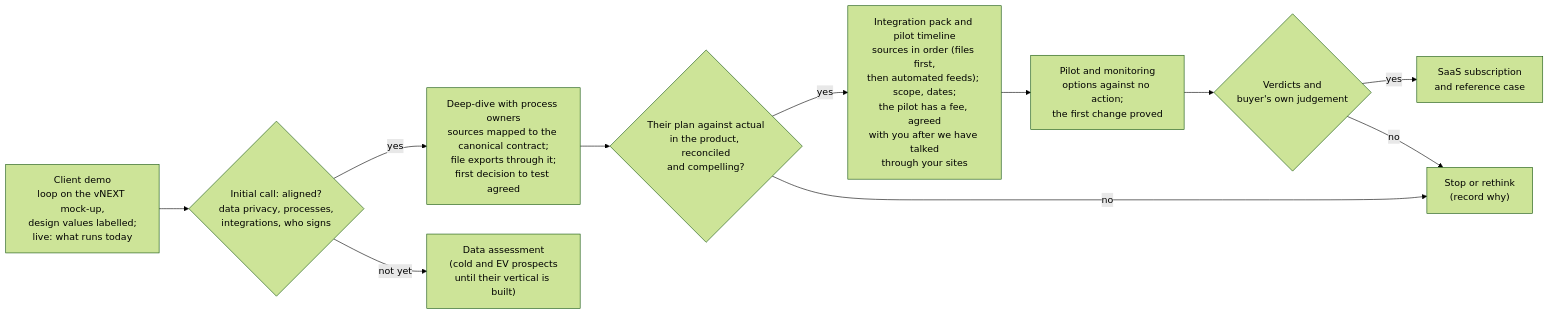
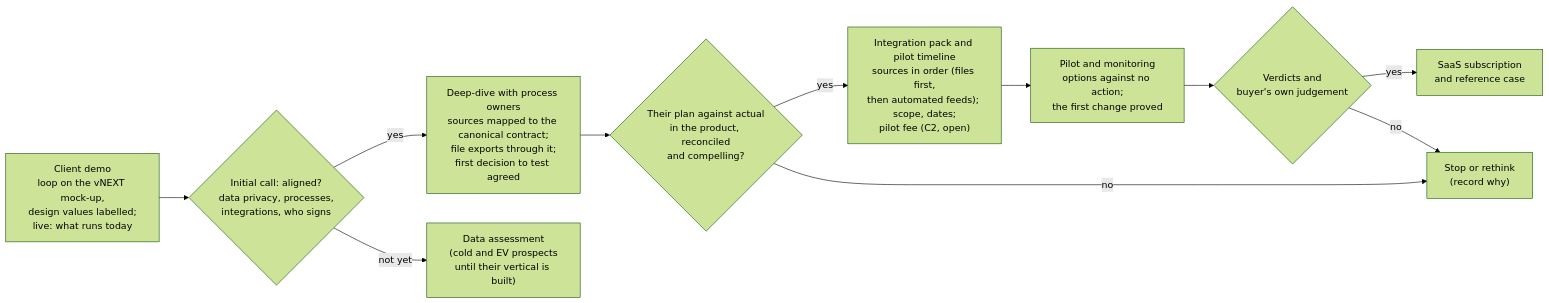
One commit to bineyame/AssetOpsV1 changed the fourth of 9 diagrams in Docs/demo-sprint/product-direction-layer4/product-transition-and-roadmap.md. Above: the diagram before and after it, drawn with Mermaid (forest theme). The commit also changed other lines of this file and 5 other files, not shown here.

First line of the commit message:
Pack: last sync with go-to-market a80624e5c (PK11 owner-time condition, timebox, Figure 4 fee, 60-min call, C13)

````diff
--- a/Docs/demo-sprint/product-direction-layer4/product-transition-and-roadmap.md
+++ b/Docs/demo-sprint/product-direction-layer4/product-transition-and-roadmap.md
@@ -162,13 +162,13 @@
 ```mermaid
 flowchart LR
   D["Client demo<br/>loop on the vNEXT mock-up,<br/>design values labelled;<br/>live: what runs today"] --> C{"Initial call: aligned?<br/>data privacy, processes,<br/>integrations, who signs"}
   C -- yes --> DD["Deep-dive with process owners<br/>sources mapped to the canonical contract;<br/>file exports through it;<br/>first decision to test agreed"]
   C -- "not yet" --> DA["Data assessment<br/>(cold and EV prospects<br/>until their vertical is built)"]
   DD --> G1{"Their plan against actual<br/>in the product, reconciled<br/>and compelling?"}
-  G1 -- yes --> IP["Integration pack and pilot timeline<br/>sources in order (files first,<br/>then automated feeds); scope, dates;<br/>the pilot has a fee, agreed<br/>with you after we have talked<br/>through your sites"]
+  G1 -- yes --> IP["Integration pack and pilot timeline<br/>sources in order (files first,<br/>then automated feeds); scope, dates;<br/>pilot fee (C2, open)"]
   G1 -- no --> R["Stop or rethink<br/>(record why)"]
   IP --> PI["Pilot and monitoring<br/>options against no action;<br/>the first change proved"]
   PI --> G2{"Verdicts and<br/>buyer's own judgement"}
   G2 -- yes --> SUB["SaaS subscription<br/>and reference case"]
   G2 -- no --> R
 ```
````
